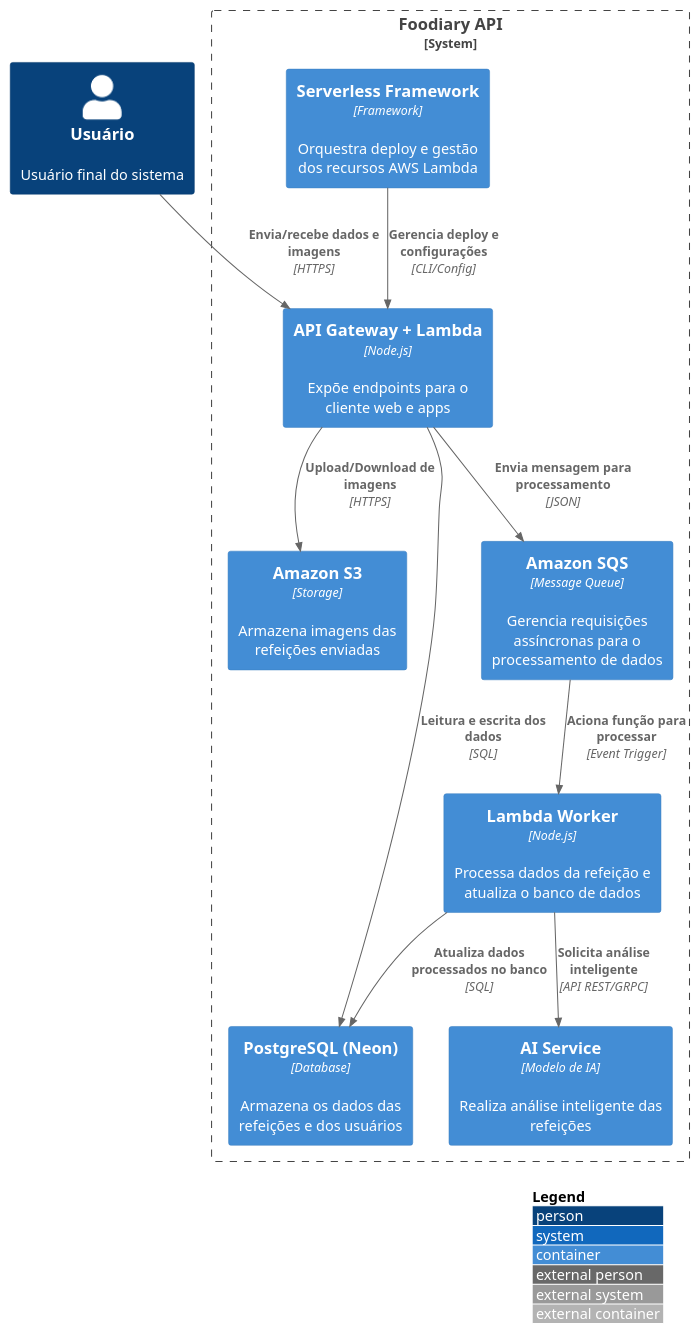
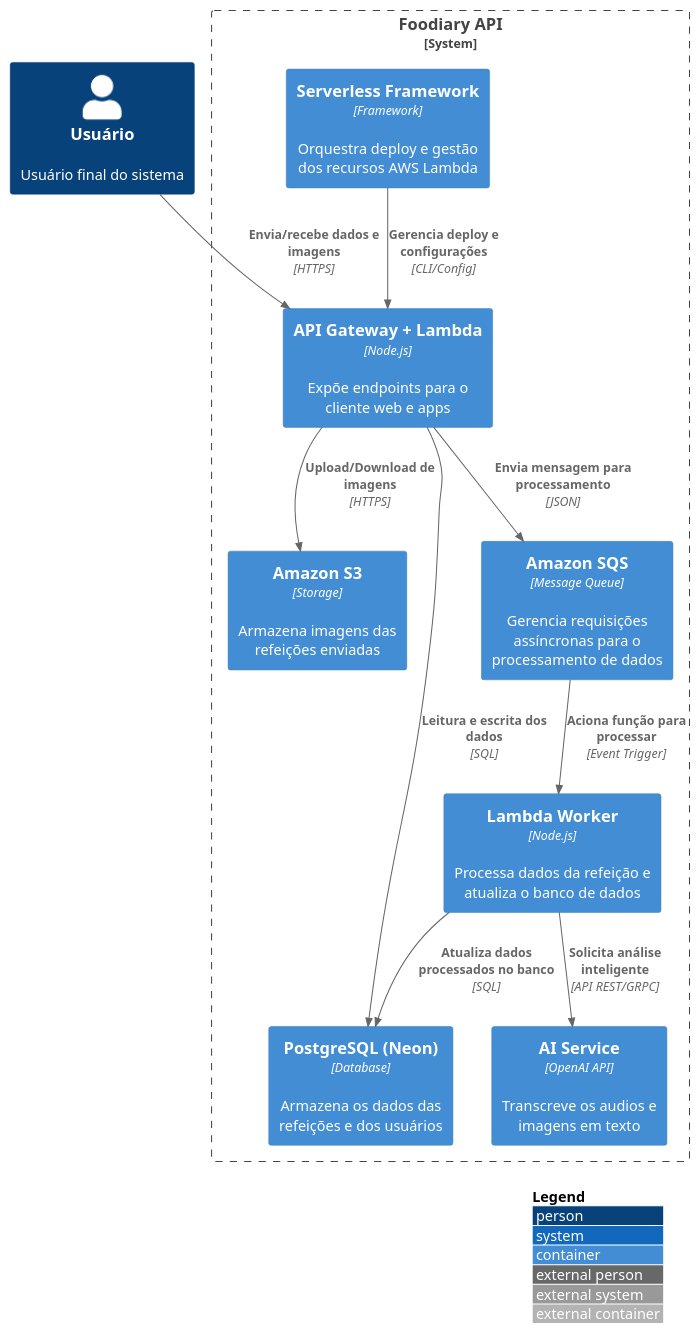
Before and after one commit to ThalitaCesar/app-foodiary: the diagram in api/docs/architecture/container.puml, drawn with PlantUML.

```diff
--- a/api/docs/architecture/container.puml
+++ b/api/docs/architecture/container.puml
@@ -1,26 +1,26 @@
 @startuml C4_Container
 !includeurl https://raw.githubusercontent.com/plantuml-stdlib/C4-PlantUML/master/C4_Container.puml
 LAYOUT_WITH_LEGEND()
 
 Person(user, "Usuário", "Usuário final do sistema")
 
 System_Boundary(f, "Foodiary API") {
     Container(api, "API Gateway + Lambda", "Node.js", "Expõe endpoints para o cliente web e apps")
     Container(s3, "Amazon S3", "Storage", "Armazena imagens das refeições enviadas")
     Container(db, "PostgreSQL (Neon)", "Database", "Armazena os dados das refeições e dos usuários")
     Container(queue, "Amazon SQS", "Message Queue", "Gerencia requisições assíncronas para o processamento de dados")
     Container(worker, "Lambda Worker", "Node.js", "Processa dados da refeição e atualiza o banco de dados")
     Container(serverless, "Serverless Framework", "Framework", "Orquestra deploy e gestão dos recursos AWS Lambda")
-    Container(ai, "AI Service", "Modelo de IA", "Realiza análise inteligente das refeições")
+    Container(ai, "AI Service", "OpenAI API", "Transcreve os audios e imagens em texto")
 }
 
 Rel(user, api, "Envia/recebe dados e imagens", "HTTPS")
 Rel(api, s3, "Upload/Download de imagens", "HTTPS")
 Rel(api, db, "Leitura e escrita dos dados", "SQL")
 Rel(api, queue, "Envia mensagem para processamento", "JSON")
 Rel(queue, worker, "Aciona função para processar", "Event Trigger")
 Rel(worker, db, "Atualiza dados processados no banco", "SQL")
 Rel(serverless, api, "Gerencia deploy e configurações", "CLI/Config")
 Rel(worker, ai, "Solicita análise inteligente", "API REST/GRPC")
 
 @enduml
```
